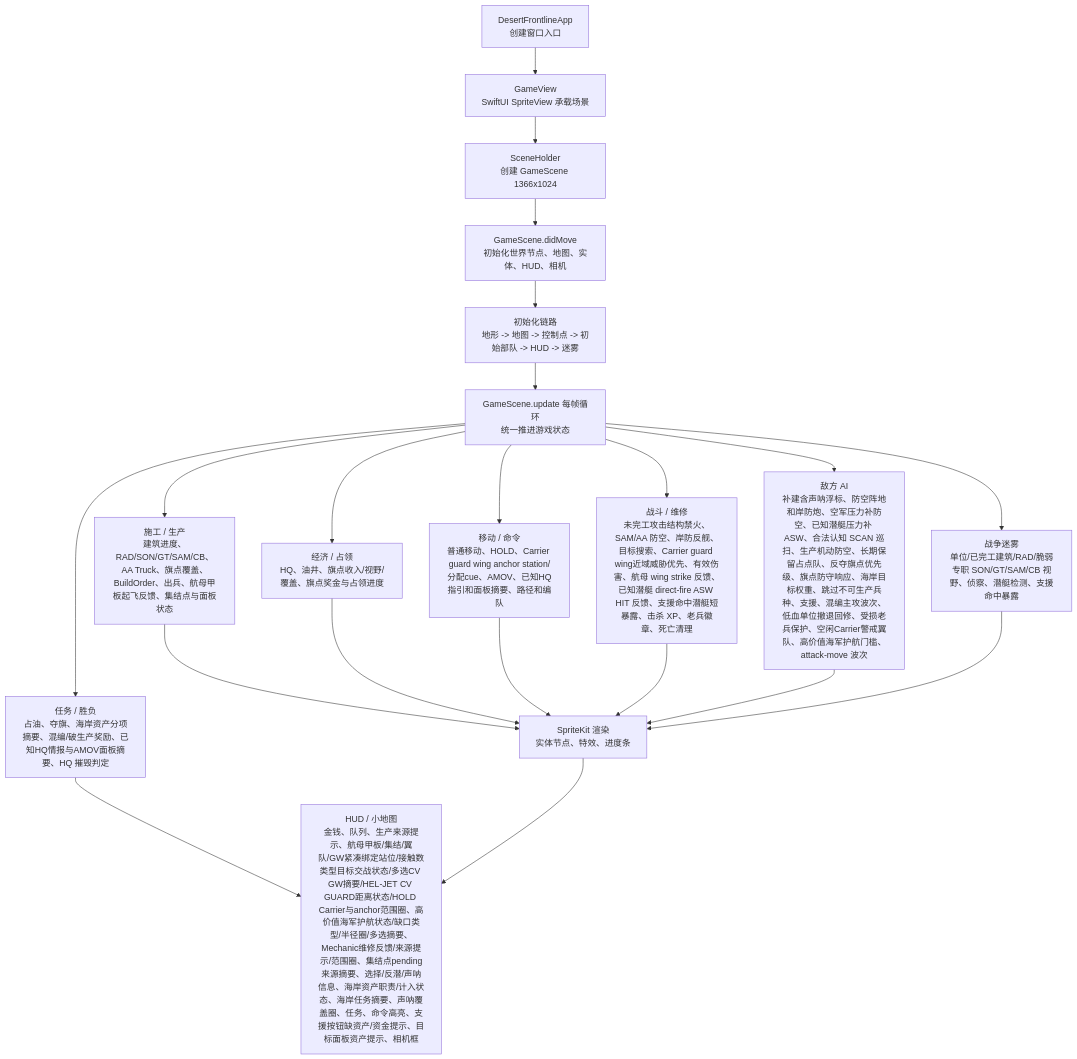
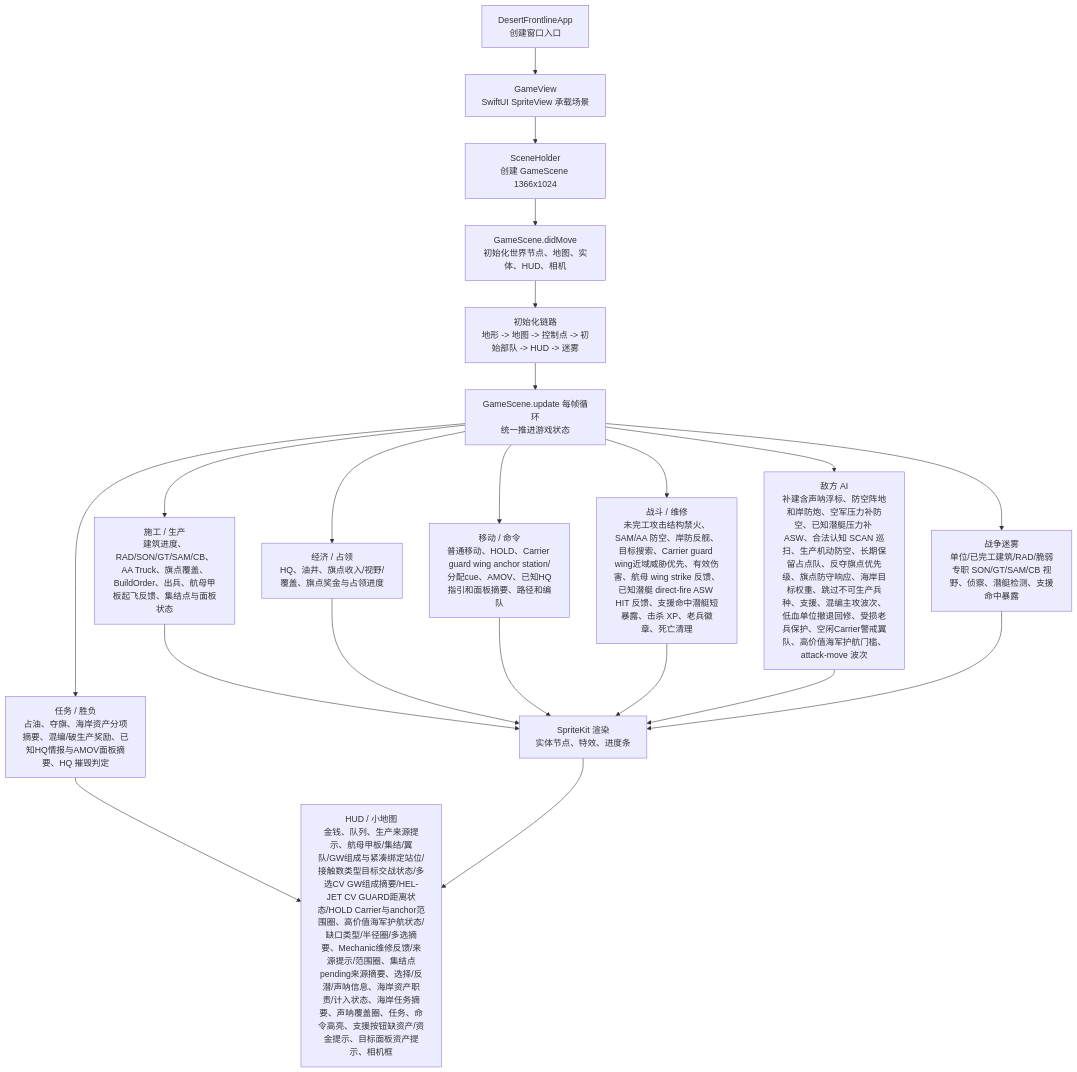
One commit to Altman-sam114/1145 changed the first of 3 diagrams in md/flow/flowchart.md. Above: the diagram before and after it, drawn with Mermaid. The commit also changed 4 other files, not shown here.

````diff
--- a/md/flow/flowchart.md
+++ b/md/flow/flowchart.md
@@ -9,23 +9,23 @@
 ```mermaid
 flowchart TD
   App["DesertFrontlineApp\n创建窗口入口"] --> View["GameView\nSwiftUI SpriteView 承载场景"]
   View --> Holder["SceneHolder\n创建 GameScene 1366x1024"]
   Holder --> Scene["GameScene.didMove\n初始化世界节点、地图、实体、HUD、相机"]
   Scene --> Init["初始化链路\n地形 -> 地图 -> 控制点 -> 初始部队 -> HUD -> 迷雾"]
   Init --> Loop["GameScene.update 每帧循环\n统一推进游戏状态"]
   Loop --> Build["施工 / 生产\n建筑进度、RAD/SON/GT/SAM/CB、AA Truck、旗点覆盖、BuildOrder、出兵、航母甲板起飞反馈、集结点与面板状态"]
   Loop --> Economy["经济 / 占领\nHQ、油井、旗点收入/视野/覆盖、旗点奖金与占领进度"]
   Loop --> Commands["移动 / 命令\n普通移动、HOLD、Carrier guard wing anchor station/分配cue、AMOV、已知HQ指引和面板摘要、路径和编队"]
   Loop --> Combat["战斗 / 维修\n未完工攻击结构禁火、SAM/AA 防空、岸防反舰、目标搜索、Carrier guard wing近域威胁优先、有效伤害、航母 wing strike 反馈、已知潜艇 direct-fire ASW HIT 反馈、支援命中潜艇短暴露、击杀 XP、老兵徽章、死亡清理"]
   Loop --> AI["敌方 AI\n补建含声呐浮标、防空阵地和岸防炮、空军压力补防空、已知潜艇压力补 ASW、合法认知 SCAN 巡扫、生产机动防空、长期保留占点队、反夺旗点优先级、旗点防守响应、海岸目标权重、跳过不可生产兵种、支援、混编主攻波次、低血单位撤退回修、受损老兵保护、空闲Carrier警戒翼队、高价值海军护航门槛、attack-move 波次"]
   Loop --> Fog["战争迷雾\n单位/已完工建筑/RAD/脆弱专职 SON/GT/SAM/CB 视野、侦察、潜艇检测、支援命中暴露"]
   Loop --> Mission["任务 / 胜负\n占油、夺旗、海岸资产分项摘要、混编/破生产奖励、已知HQ情报与AMOV面板摘要、HQ 摧毁判定"]
   Build --> Render["SpriteKit 渲染\n实体节点、特效、进度条"]
   Economy --> Render
   Commands --> Render
   Combat --> Render
   AI --> Render
   Fog --> Render
-  Mission --> HUD["HUD / 小地图\n金钱、队列、生产来源提示、航母甲板/集结/翼队/GW紧凑绑定站位/接触数类型目标交战状态/多选CV GW摘要/HEL-JET CV GUARD距离状态/HOLD Carrier与anchor范围圈、高价值海军护航状态/缺口类型/半径圈/多选摘要、Mechanic维修反馈/来源提示/范围圈、集结点pending来源摘要、选择/反潜/声呐信息、海岸资产职责/计入状态、海岸任务摘要、声呐覆盖圈、任务、命令高亮、支援按钮缺资产/资金提示、目标面板资产提示、相机框"]
+  Mission --> HUD["HUD / 小地图\n金钱、队列、生产来源提示、航母甲板/集结/翼队/GW组成与紧凑绑定站位/接触数类型目标交战状态/多选CV GW组成摘要/HEL-JET CV GUARD距离状态/HOLD Carrier与anchor范围圈、高价值海军护航状态/缺口类型/半径圈/多选摘要、Mechanic维修反馈/来源提示/范围圈、集结点pending来源摘要、选择/反潜/声呐信息、海岸资产职责/计入状态、海岸任务摘要、声呐覆盖圈、任务、命令高亮、支援按钮缺资产/资金提示、目标面板资产提示、相机框"]
   Render --> HUD
 ```
````
